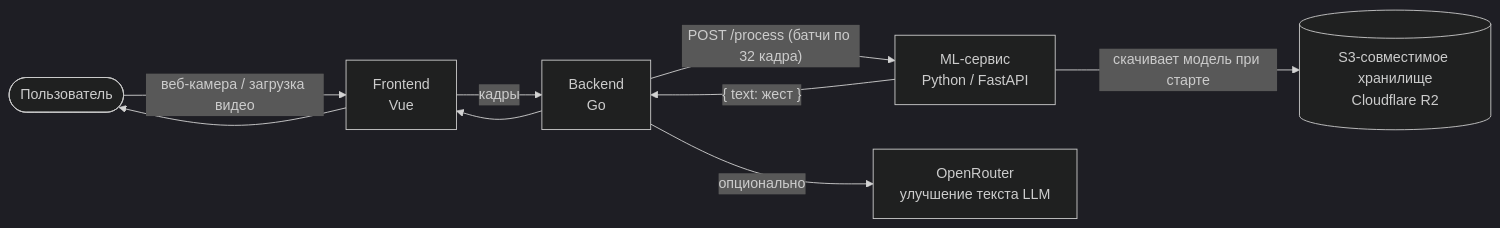
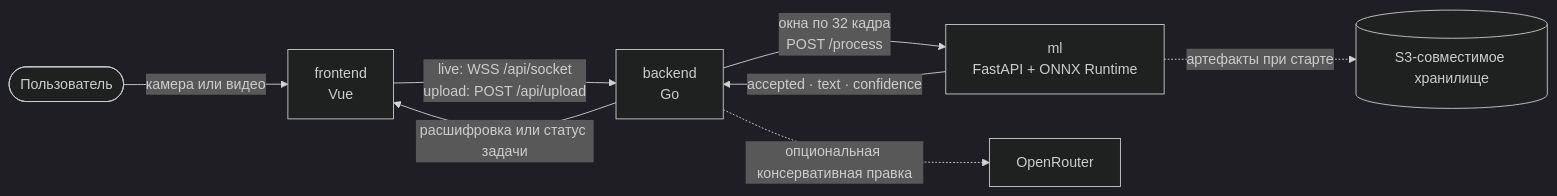
One commit to HSE-SignLanguage/.github changed the diagram in profile/README.ru.md. Above: the diagram before and after it, drawn with Mermaid (dark theme). The commit also changed other lines of this file and 1 other file, not shown here.

````diff
--- a/profile/README.ru.md
+++ b/profile/README.ru.md
@@ -57,11 +30,10 @@
 ```mermaid
 flowchart LR
-    U([Пользователь]) -->|веб-камера / загрузка видео| FE[Frontend<br/>Vue]
-    FE -->|кадры| BE[Backend<br/>Go]
-    BE -->|"POST /process (батчи по 32 кадра)"| ML[ML-сервис<br/>Python / FastAPI]
-    ML -->|скачивает модель при старте| S3[(S3-совместимое хранилище<br/>Cloudflare R2)]
-    ML -->|"{ text: жест }"| BE
-    BE -->|опционально| OR[OpenRouter<br/>улучшение текста LLM]
-    BE --> FE
-    FE --> U
+    U([Пользователь]) -->|камера или видео| FE[frontend<br/>Vue]
+    FE -->|"live: WSS /api/socket<br/>upload: POST /api/upload"| BE[backend<br/>Go]
+    BE -->|"окна по 32 кадра<br/>POST /process"| ML[ml<br/>FastAPI + ONNX Runtime]
+    ML -->|"accepted · text · confidence"| BE
+    ML -.->|артефакты при старте| S3[(S3-совместимое хранилище)]
+    BE -.->|опциональная консервативная правка| OR[OpenRouter]
+    BE -->|расшифровка или статус задачи| FE
 ```
````
